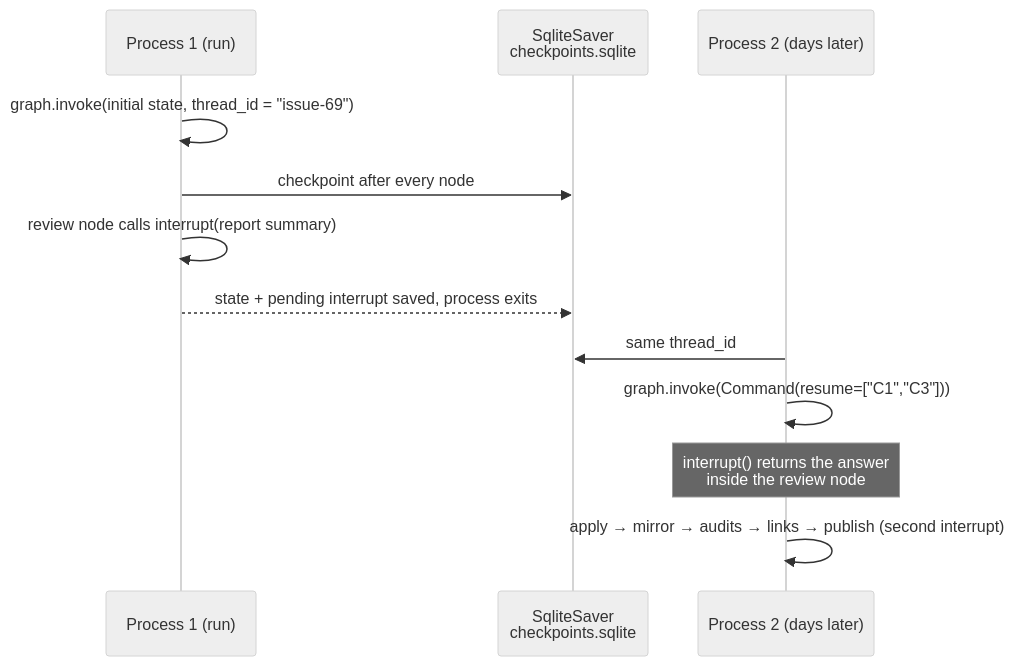
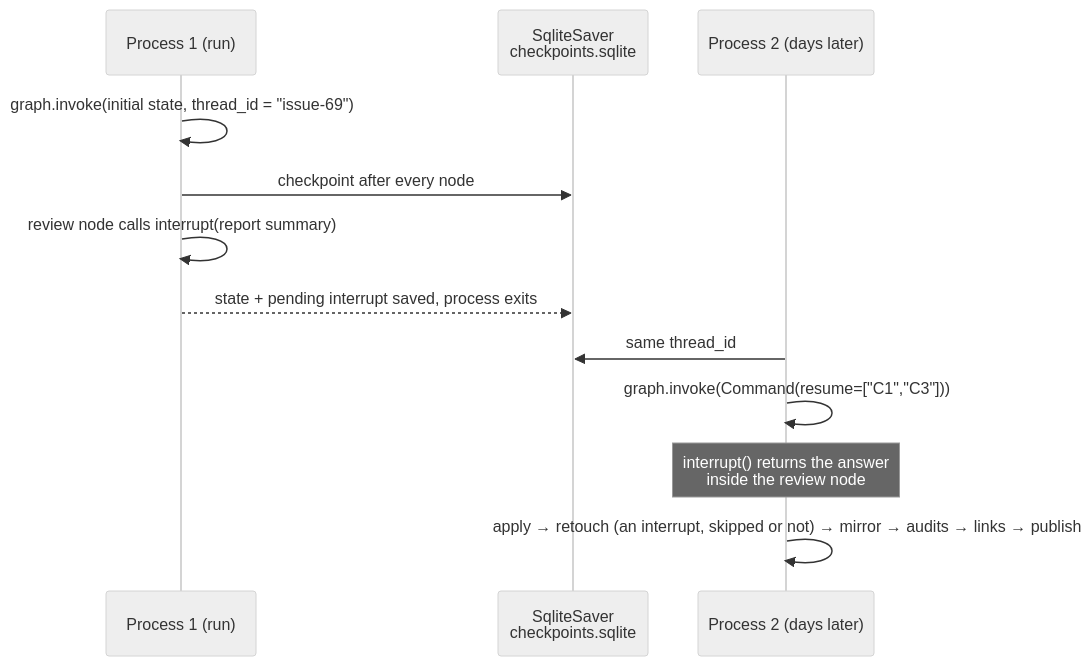
The fifth of 6 diagrams in docs/code.md (DamienBecherini/vault-watch-agent), drawn with Mermaid (neutral theme) before and after one commit. The commit also changed other lines of this file and 22 other files, not shown here.

````diff
--- a/docs/code.md
+++ b/docs/code.md
@@ -217,14 +218,14 @@
 ```mermaid
 sequenceDiagram
   participant P1 as Process 1 (run)
   participant S as SqliteSaver<br/>checkpoints.sqlite
   participant P2 as Process 2 (days later)
   P1->>P1: graph.invoke(initial state, thread_id = "issue-69")
   P1->>S: checkpoint after every node
   P1->>P1: review node calls interrupt(report summary)
   P1-->>S: state + pending interrupt saved, process exits
   P2->>S: same thread_id
   P2->>P2: graph.invoke(Command(resume=["C1","C3"]))
   Note over P2: interrupt() returns the answer<br/>inside the review node
-  P2->>P2: apply → mirror → audits → links → publish (second interrupt)
+  P2->>P2: apply → retouch (an interrupt, skipped or not) → mirror → audits → links → publish
 ```
````
